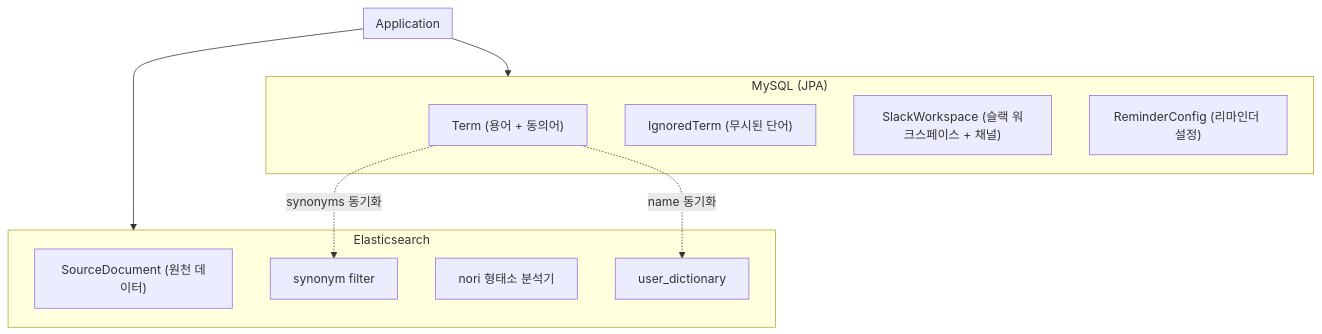
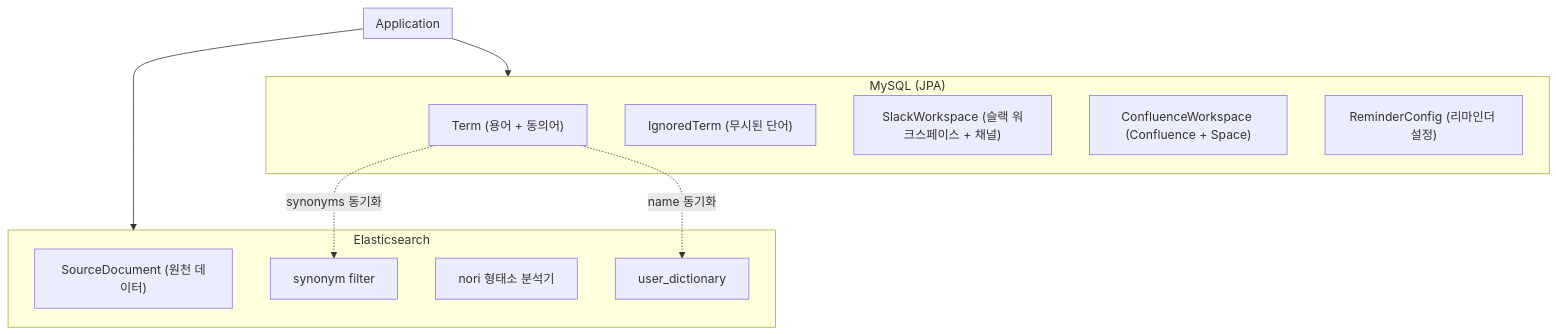
One commit to mkroo/termbase changed the first of 12 diagrams in docs/ARCHITECTURE.md. Above: the diagram before and after it, drawn with Mermaid. The commit also changed other lines of this file and 1 other file, not shown here.

First line of the commit message:
docs: Confluence 연동 요구사항 및 아키텍처 추가 (User Story 12)

````diff
--- a/docs/ARCHITECTURE.md
+++ b/docs/ARCHITECTURE.md
@@ -7,25 +7,26 @@
 ```mermaid
 flowchart TB
     subgraph App[Application]
         direction LR
     end
 
     subgraph MySQL["MySQL (JPA)"]
         Term["Term (용어 + 동의어)"]
         IgnoredTerm["IgnoredTerm (무시된 단어)"]
         SlackWorkspace["SlackWorkspace (슬랙 워크스페이스 + 채널)"]
+        ConfluenceWorkspace["ConfluenceWorkspace (Confluence + Space)"]
         ReminderConfig["ReminderConfig (리마인더 설정)"]
     end
 
     subgraph ES["Elasticsearch"]
         SourceDocument["SourceDocument (원천 데이터)"]
         SynonymFilter["synonym filter"]
         NoriAnalyzer["nori 형태소 분석기"]
         UserDict["user_dictionary"]
     end
 
     App --> MySQL
     App --> ES
     Term -.->|name 동기화| UserDict
     Term -.->|synonyms 동기화| SynonymFilter
 ``` 
````
